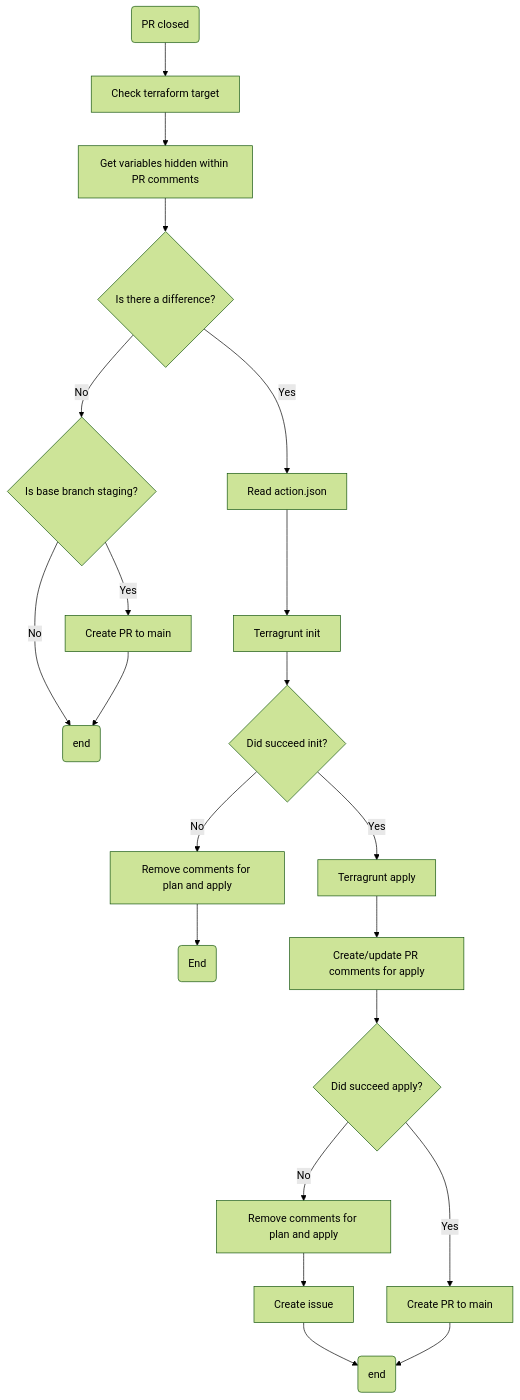
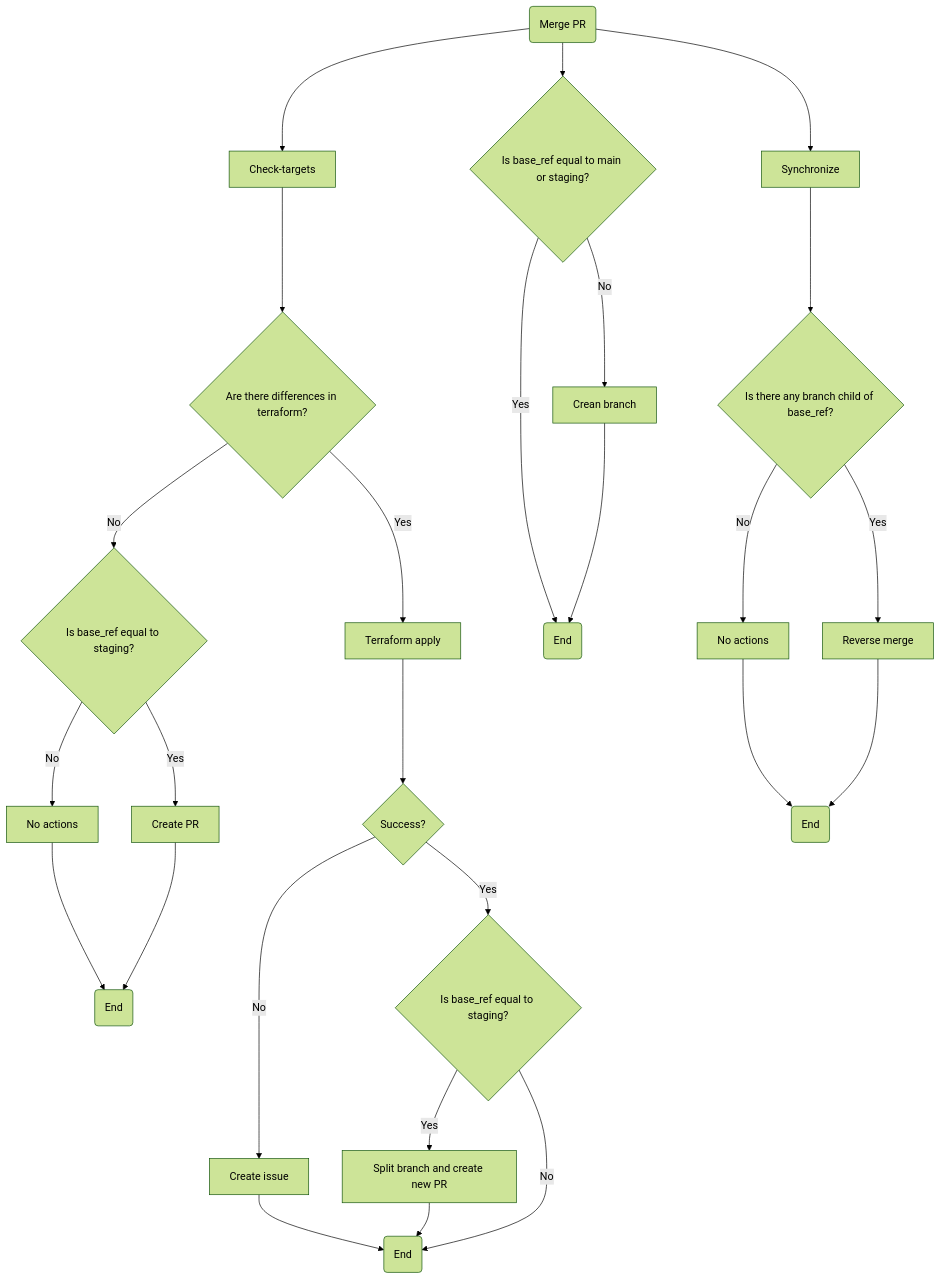
One commit to gigops-infra-dev/cicd-template-1 changed the third of 3 diagrams in README.md. Above: the diagram before and after it, drawn with Mermaid (forest theme). The commit also changed other lines of this file and 4 other files, not shown here.

````diff
--- a/README.md
+++ b/README.md
@@ -81,12 +73,18 @@
 ```mermaid
 flowchart TD
-  A(PR closed) --> B[Check terraform target] --> C[Get variables hidden within PR comments] --> D{Is there a difference?}
-  D -- No --> E{Is base branch staging?}
-  E -- No --> a(end)
-  E -- Yes --> F[Create PR to main] --> a(end)
-  D -- Yes --> G[Read action.json] --> H[Terragrunt init] --> I{Did succeed init?}
-  I -- No --> J[Remove comments for plan and apply] --> b(End)
-  I -- Yes --> K[Terragrunt apply] --> L[Create/update PR comments for apply] --> M{Did succeed apply?}
-  M -- No --> N[Remove comments for plan and apply] --> O[Create issue] --> c(End)
-  M -- Yes --> P[Create PR to main] --> c(end)
+  A(Merge PR) --> B[Check-targets] --> C{Are there differences in terraform?}
+  C -- No --> D{Is base_ref equal to staging?}
+  D -- No --> E[No actions] --> F(End)
+  D -- Yes --> G[Create PR] --> F
+  C -- Yes --> H[Terraform apply] --> I{Success?}
+  I -- No --> J[Create issue] --> K(End)
+  I -- Yes --> M{Is base_ref equal to staging?}
+  M -- Yes -->L[Split branch and create new PR] --> K(End)
+  M -- No --> K(End)
+  A --> N{Is base_ref equal to main or staging?}
+  N -- Yes --> T(End)
+  N -- No --> O[Crean branch] --> T(End)
+  A --> P[Synchronize] --> Q{Is there any branch child of base_ref?}
+  Q -- No --> R[No actions] --> U(End)
+  Q -- Yes --> S[Reverse merge] --> U(End)
 ```
````
